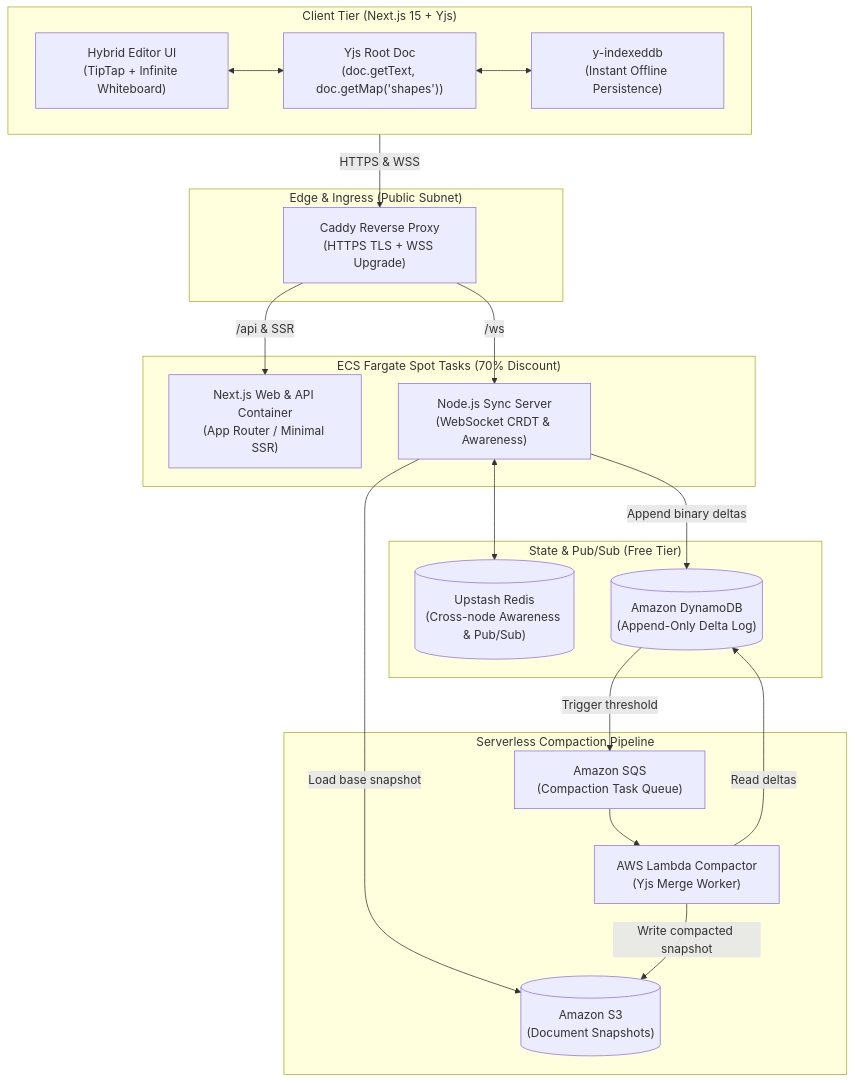
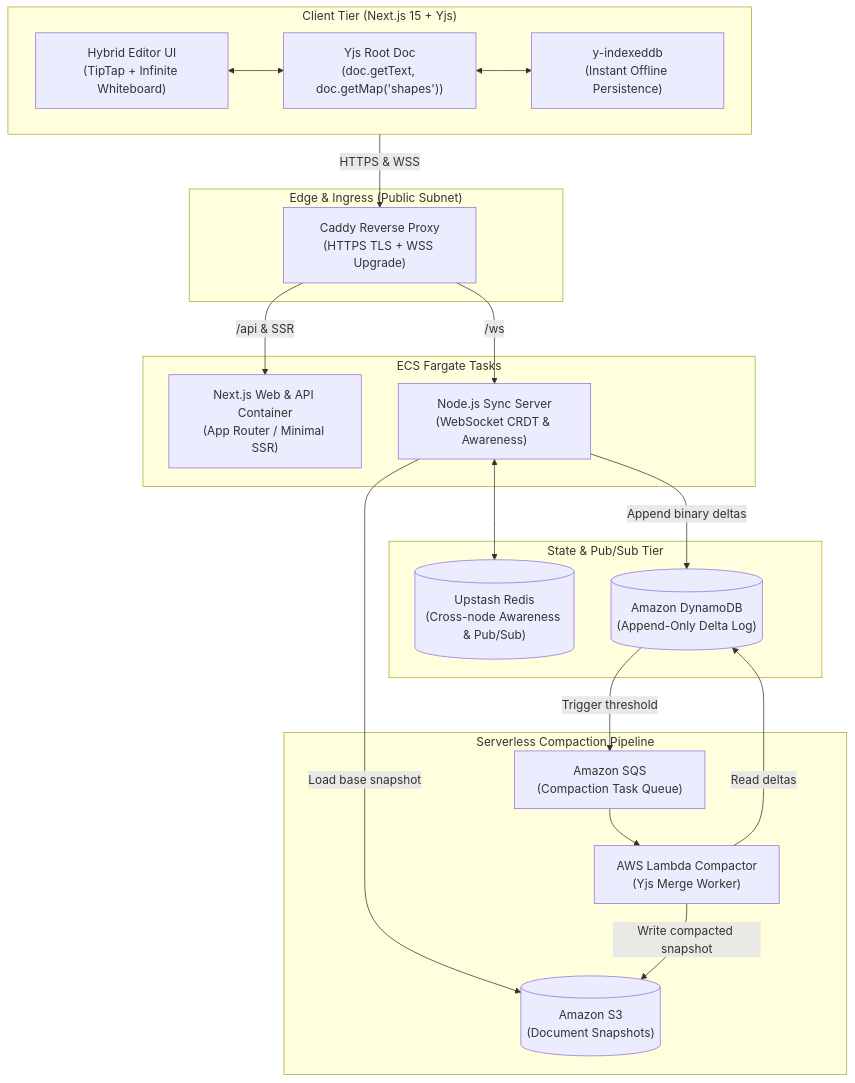
The diagram in README.md (yashrrrr/SyncBytes), drawn with Mermaid before and after one commit. The commit also changed other lines of this file and 1 other file, not shown here.

````diff
--- a/README.md
+++ b/README.md
@@ -17,41 +17,41 @@
 ```mermaid
 flowchart TD
     subgraph Client["Client Tier (Next.js 15 + Yjs)"]
         UI["Hybrid Editor UI\n(TipTap + Infinite Whiteboard)"]
         YDoc["Yjs Root Doc\n(doc.getText, doc.getMap('shapes'))"]
         IndexedDB["y-indexeddb\n(Instant Offline Persistence)"]
         YDoc <--> IndexedDB
         UI <--> YDoc
     end
 
     subgraph Ingress["Edge & Ingress (Public Subnet)"]
         Caddy["Caddy Reverse Proxy\n(HTTPS TLS + WSS Upgrade)"]
     end
 
-    subgraph Compute["ECS Fargate Spot Tasks (70% Discount)"]
+    subgraph Compute["ECS Fargate Tasks"]
         NextApp["Next.js Web & API Container\n(App Router / Minimal SSR)"]
         SyncServer["Node.js Sync Server\n(WebSocket CRDT & Awareness)"]
     end
 
-    subgraph State["State & Pub/Sub (Free Tier)"]
+    subgraph State["State & Pub/Sub Tier"]
         Redis[("Upstash Redis\n(Cross-node Awareness & Pub/Sub)")]
         DDB[("Amazon DynamoDB\n(Append-Only Delta Log)")]
     end
 
     subgraph Compaction["Serverless Compaction Pipeline"]
         SQS["Amazon SQS\n(Compaction Task Queue)"]
         Lambda["AWS Lambda Compactor\n(Yjs Merge Worker)"]
         S3[("Amazon S3\n(Document Snapshots)")]
     end
 
     Client -->|HTTPS & WSS| Caddy
     Caddy -->|/api & SSR| NextApp
     Caddy -->|/ws| SyncServer
     SyncServer <--> Redis
     SyncServer -->|Append binary deltas| DDB
     SyncServer -->|Load base snapshot| S3
     DDB -->|Trigger threshold| SQS
     SQS --> Lambda
     Lambda -->|Read deltas| DDB
     Lambda -->|Write compacted snapshot| S3
 ```
````
